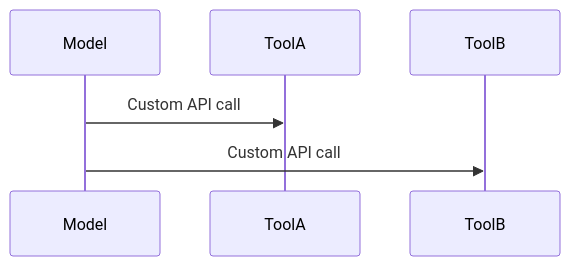
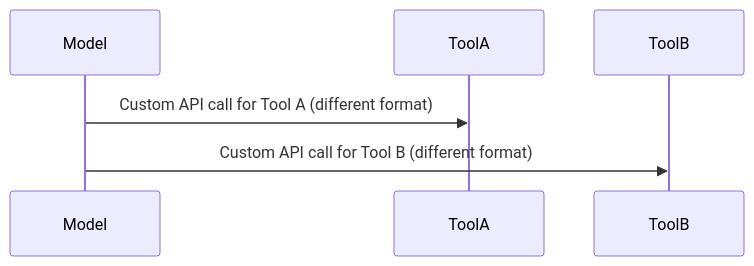
Before and after one commit to bicep/ol-demo: the first of 4 diagrams in docs/mcp-presentation.md, drawn with Mermaid. The commit also changed other lines of this file and 2 other files, not shown here.

```diff
--- a/docs/mcp-presentation.md
+++ b/docs/mcp-presentation.md
@@ -58,8 +57,8 @@
 <div class="mermaid">
 sequenceDiagram
     participant Model
     participant ToolA
     participant ToolB
-    Model->>ToolA: Custom API call
-    Model->>ToolB: Custom API call
+    Model->>ToolA: Custom API call for Tool A (different format)
+    Model->>ToolB: Custom API call for Tool B (different format)
 </div>
```
